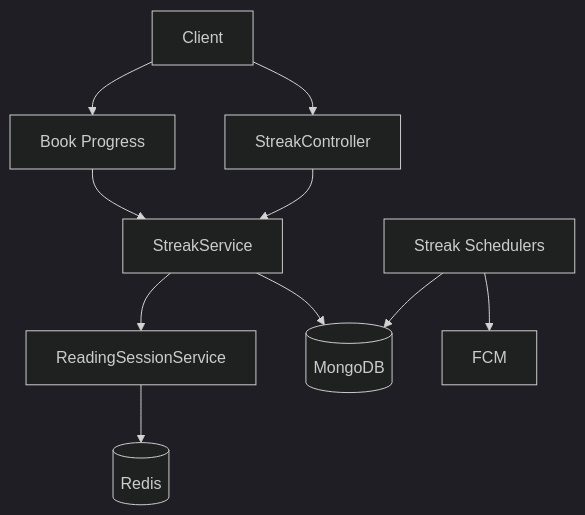
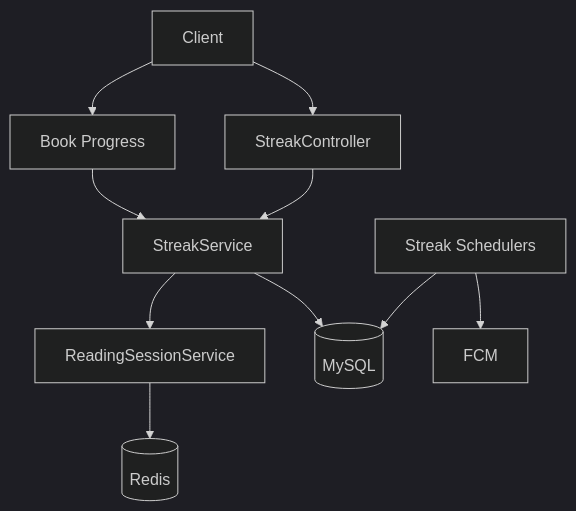
The first of 2 diagrams in docs/architecture/streak.md (SWM16-ASAP/back-server), drawn with Mermaid (dark theme) before and after one commit. The commit also changed other lines of this file and 202 other files, not shown here.

````diff
--- a/docs/architecture/streak.md
+++ b/docs/architecture/streak.md
@@ -32,22 +34,22 @@
 ```mermaid
 flowchart TD
     Client[Client]
     Book[Book Progress]
     Controller[StreakController]
     Service[StreakService]
     Session[ReadingSessionService]
     Scheduler[Streak Schedulers]
-    Mongo[(MongoDB)]
+    MySQL[(MySQL)]
     Redis[(Redis)]
     FCM[FCM]
 
     Client --> Controller
     Client --> Book
     Book --> Service
     Controller --> Service
     Service --> Session
     Session --> Redis
-    Service --> Mongo
-    Scheduler --> Mongo
+    Service --> MySQL
+    Scheduler --> MySQL
     Scheduler --> FCM
 ```
````
